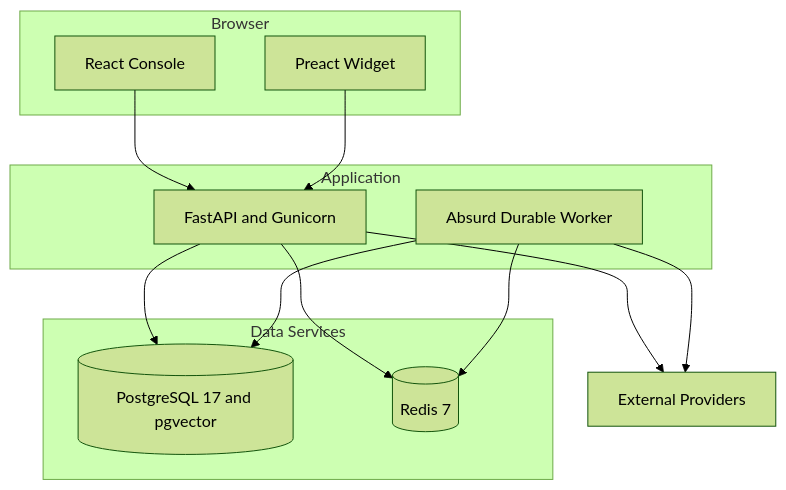
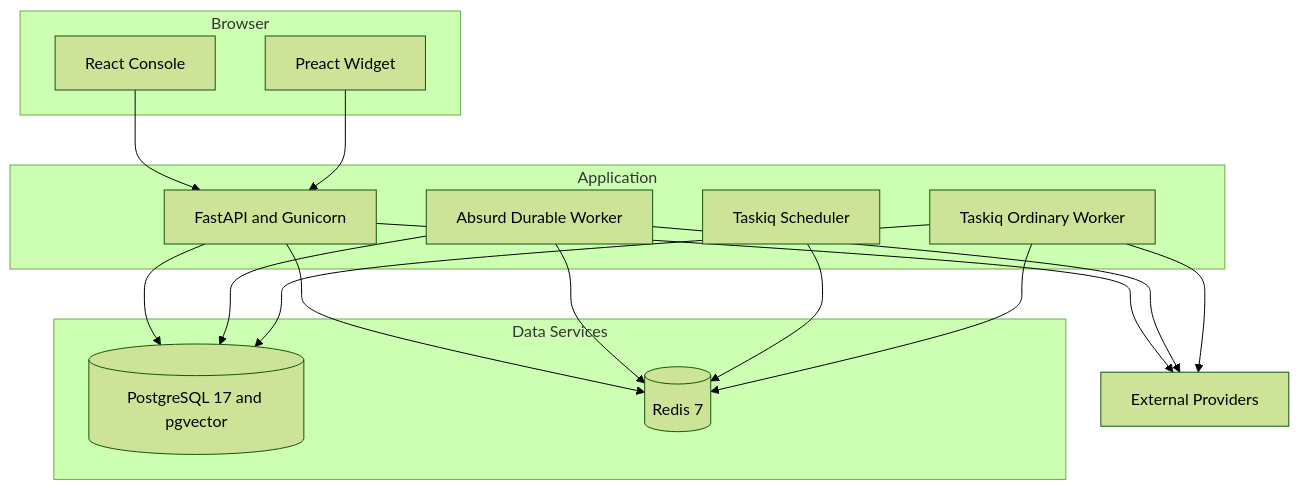
Before and after one commit to veris-pr/eylo-os: the third of 4 diagrams in docs/diagrams/architecture.md, drawn with Mermaid (forest theme). The commit also changed other lines of this file and 35 other files, not shown here.

Commit message:
Document Taskiq ordinary task execution

````diff
--- a/docs/diagrams/architecture.md
+++ b/docs/diagrams/architecture.md
@@ -63,28 +70,34 @@
 ```mermaid
 flowchart TB
     subgraph browser[Browser]
         console[React Console]
         widget[Preact Widget]
     end
 
     subgraph application[Application]
         api[FastAPI and Gunicorn]
-        worker[Absurd Durable Worker]
+        durable_worker[Absurd Durable Worker]
+        task_scheduler[Taskiq Scheduler]
+        task_worker[Taskiq Ordinary Worker]
     end
 
     subgraph data[Data Services]
         postgres[(PostgreSQL 17 and pgvector)]
         redis[(Redis 7)]
     end
 
     provider[External Providers]
 
     console --> api
     widget --> api
     api --> postgres
     api --> redis
-    worker --> postgres
-    worker --> redis
+    durable_worker --> postgres
+    durable_worker --> redis
+    task_scheduler --> redis
+    task_worker --> redis
+    task_worker --> postgres
     api --> provider
-    worker --> provider
+    durable_worker --> provider
+    task_worker --> provider
 ```
````
